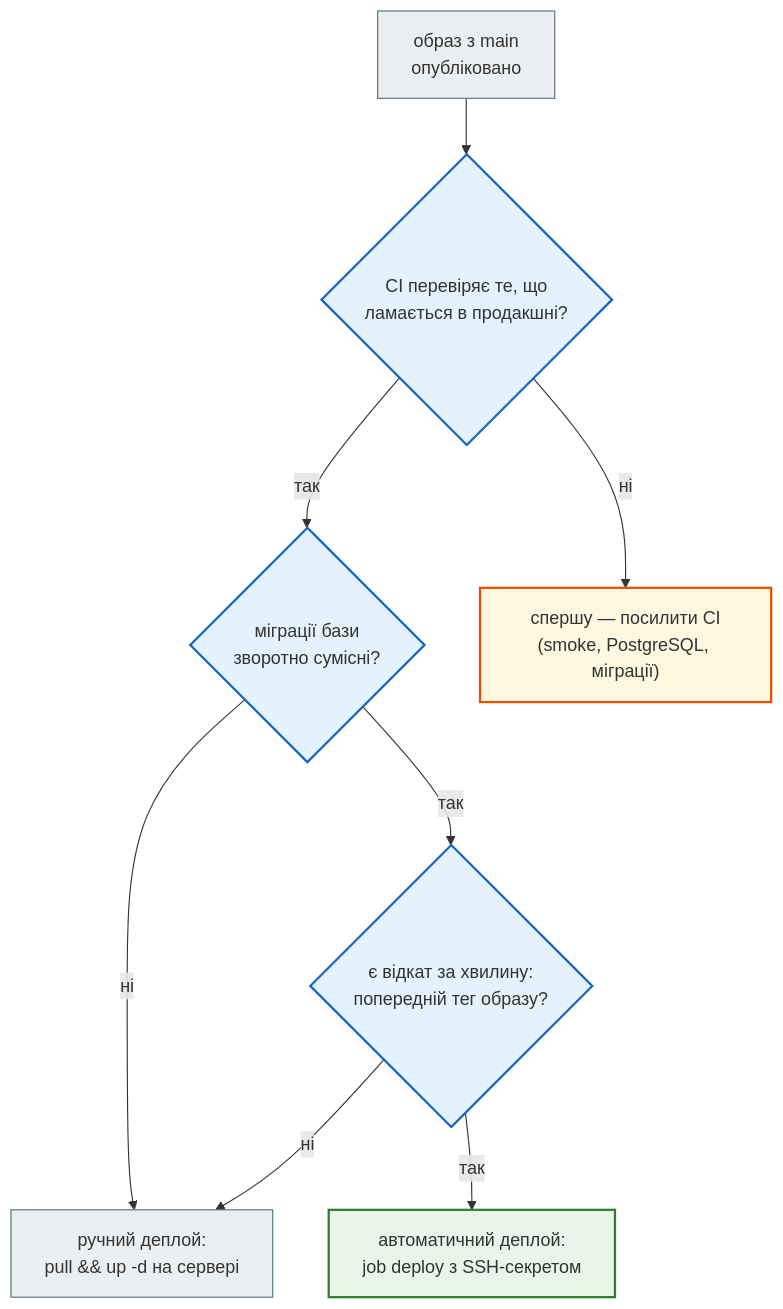
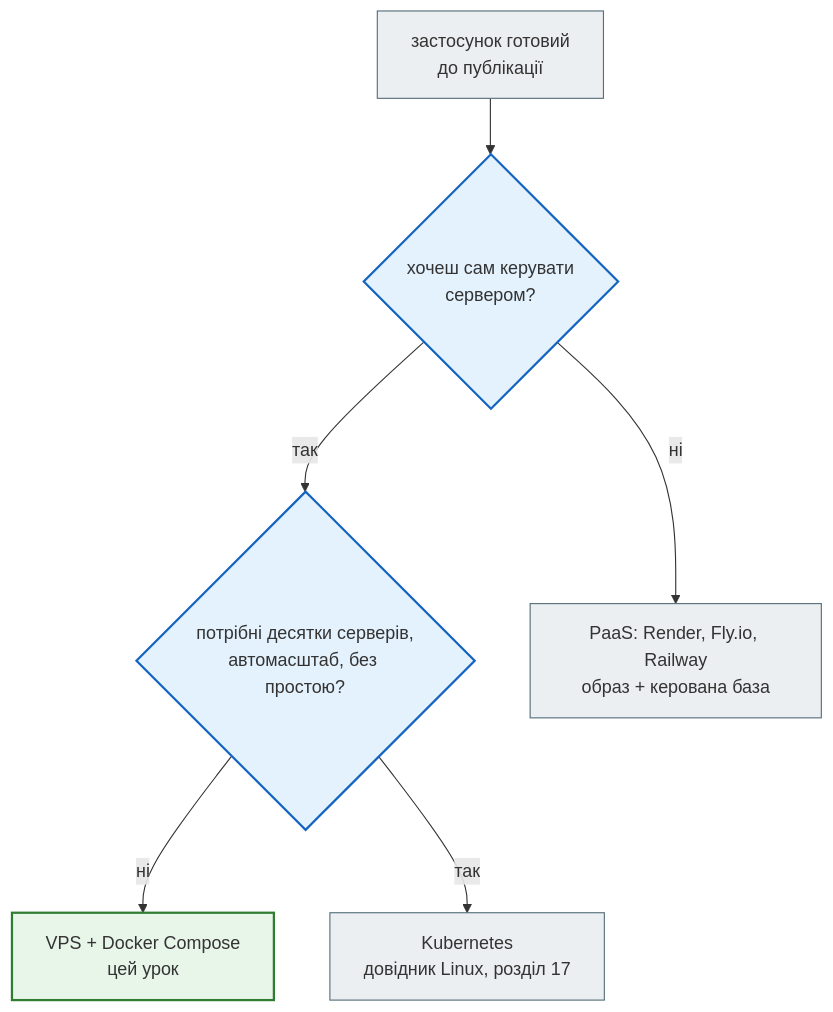
Before and after one commit to AlinaRadchenko/PY-Course-Victor-Nikoriak-22-09-2026: the fifth of 5 diagrams in docs/modules/m5/lesson_50.md, drawn with Mermaid. The commit also changed other lines of this file and 1846 other files, not shown here.

````diff
--- a/docs/modules/m5/lesson_50.md
+++ b/docs/modules/m5/lesson_50.md
@@ -416,29 +690,25 @@
 ```mermaid
 flowchart TD
     classDef step     fill:#eceff1,stroke:#546e7a,stroke-width:1px;
     classDef decision fill:#e3f2fd,stroke:#1565c0,stroke-width:2px;
     classDef success  fill:#e8f5e9,stroke:#2e7d32,stroke-width:2px;
     classDef error    fill:#ffebee,stroke:#c62828,stroke-width:3px;
     classDef warning  fill:#fff8e1,stroke:#e65100,stroke-width:2px;
 
-    Q0["образ з main<br>опубліковано"]
-    Q1{"CI перевіряє те, що<br>ламається в продакшні?"}
-    Q2{"міграції бази<br>зворотно сумісні?"}
-    Q3{"є відкат за хвилину:<br>попередній тег образу?"}
-    A["автоматичний деплой:<br>job deploy з SSH-секретом"]
-    M["ручний деплой:<br>pull && up -d на сервері"]
-    F["спершу — посилити CI<br>(smoke, PostgreSQL, міграції)"]
+    Q0["застосунок готовий<br>до публікації"]
+    Q1{"хочеш сам керувати<br>сервером?"}
+    Q2{"потрібні десятки серверів,<br>автомасштаб, без простою?"}
+    P["PaaS: Render, Fly.io, Railway<br>образ + керована база"]
+    C["VPS + Docker Compose<br>цей урок"]
+    K["Kubernetes<br>довідник Linux, розділ 17"]
     Q0 --> Q1
-    Q1 -->|ні| F
+    Q1 -->|ні| P
     Q1 -->|так| Q2
-    Q2 -->|ні| M
-    Q2 -->|так| Q3
-    Q3 -->|так| A
-    Q3 -->|ні| M
+    Q2 -->|ні| C
+    Q2 -->|так| K
 
     class Q0 step
-    class Q1,Q2,Q3 decision
-    class A success
-    class M step
-    class F warning
+    class Q1,Q2 decision
+    class C success
+    class P,K step
 ```
````
